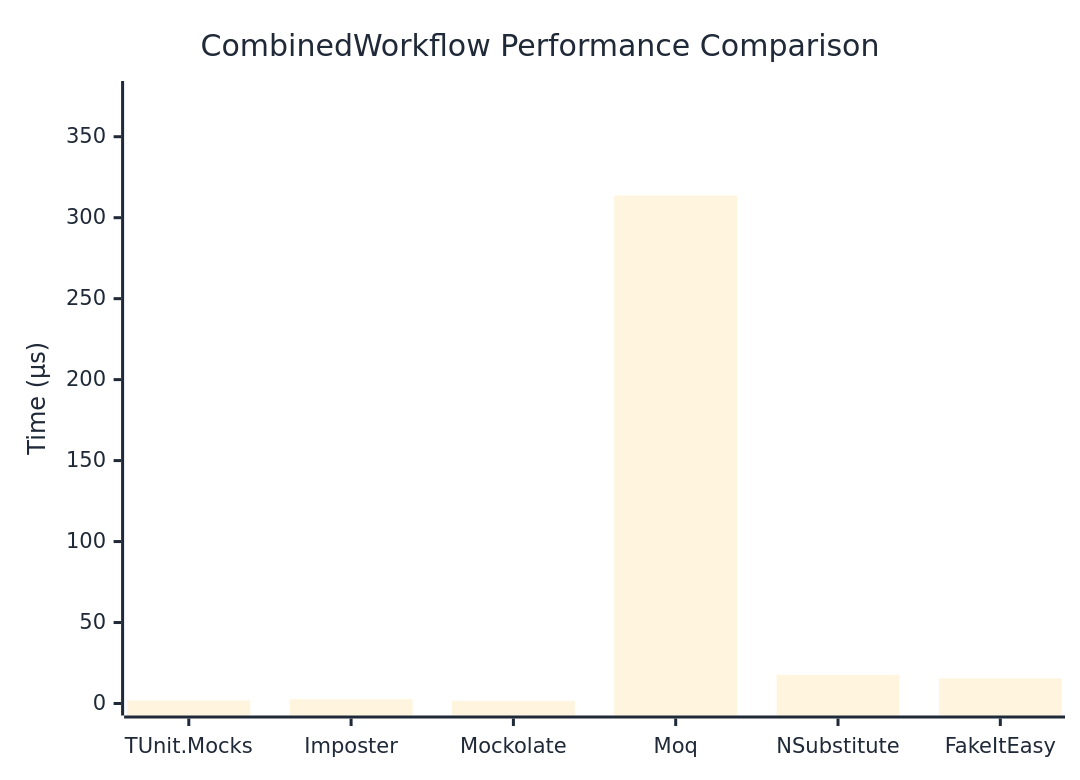
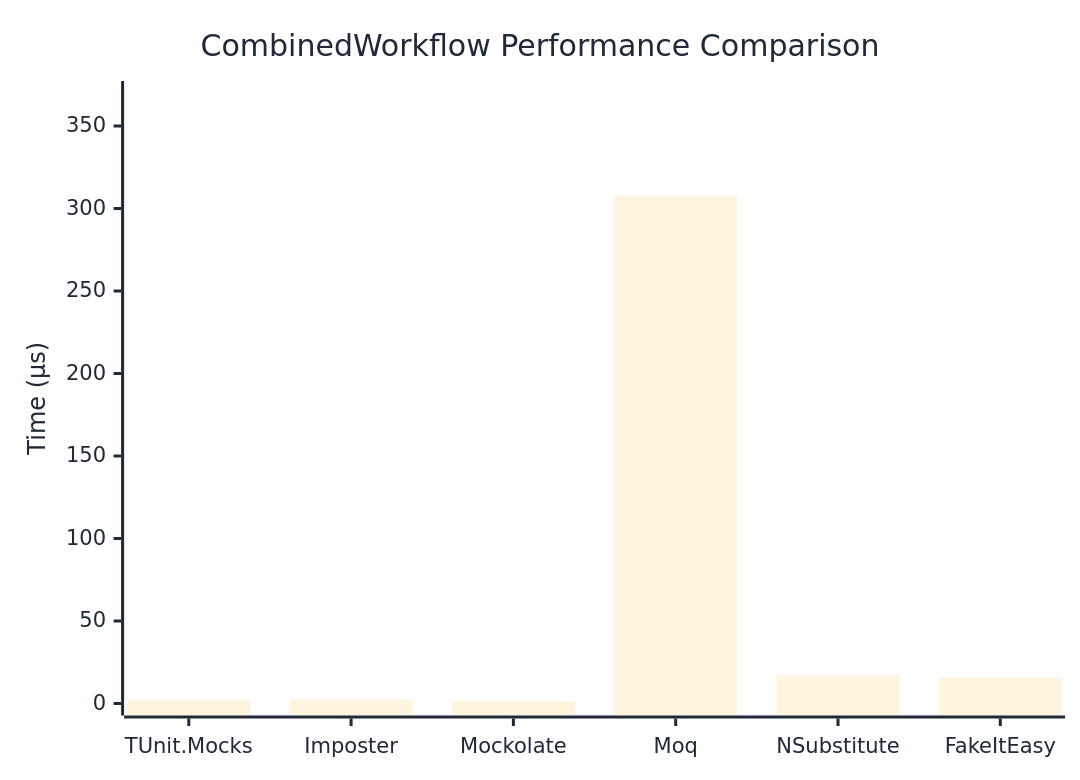
The diagram in docs/docs/benchmarks/mocks/CombinedWorkflow.md (thomhurst/TUnit), drawn with Mermaid before and after one commit. The commit also changed other lines of this file and 14 other files, not shown here.

````diff
--- a/docs/docs/benchmarks/mocks/CombinedWorkflow.md
+++ b/docs/docs/benchmarks/mocks/CombinedWorkflow.md
@@ -30,27 +30,27 @@
 ```mermaid
 %%{init: {
   'theme':'base',
   'themeVariables': {
     'primaryColor': '#2563eb',
     'primaryTextColor': '#1f2937',
     'primaryBorderColor': '#1e40af',
     'lineColor': '#6b7280',
     'secondaryColor': '#7c3aed',
     'tertiaryColor': '#dc2626',
     'background': '#ffffff',
     'pie1': '#2563eb',
     'pie2': '#7c3aed',
     'pie3': '#dc2626',
     'pie4': '#f59e0b',
     'pie5': '#10b981',
     'pie6': '#06b6d4',
     'pie7': '#ec4899',
     'pie8': '#6366f1'
   }
 }}%%
 xychart-beta
   title "CombinedWorkflow Performance Comparison"
   x-axis ["TUnit.Mocks", "Imposter", "Mockolate", "Moq", "NSubstitute", "FakeItEasy"]
-  y-axis "Time (μs)" 0 --> 377
-  bar [1.884, 2.601, 1.659, 313.752, 17.693, 15.517]
+  y-axis "Time (μs)" 0 --> 370
+  bar [1.896, 2.618, 1.638, 307.866, 17.246, 15.431]
 ```
````
